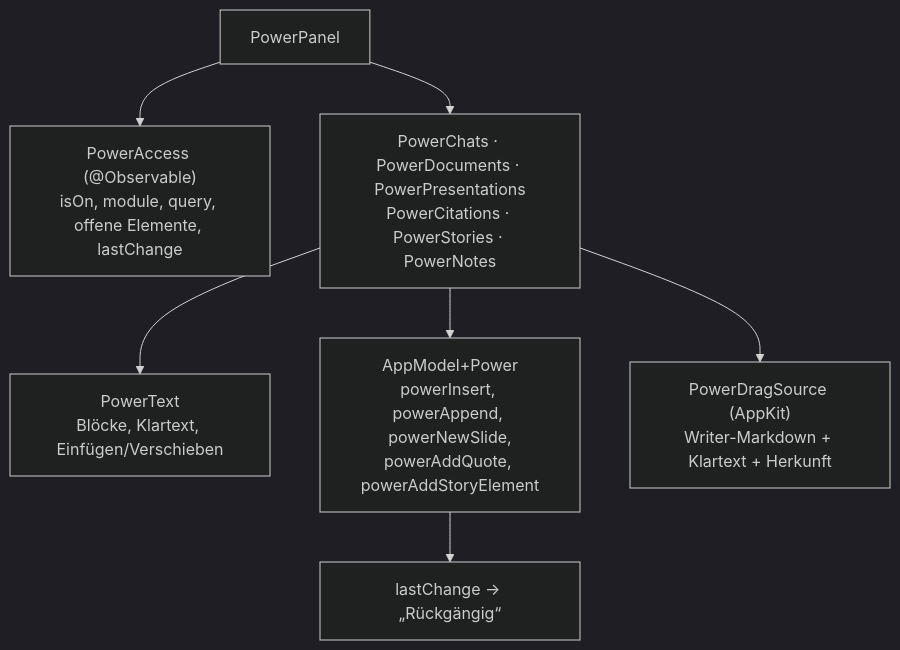
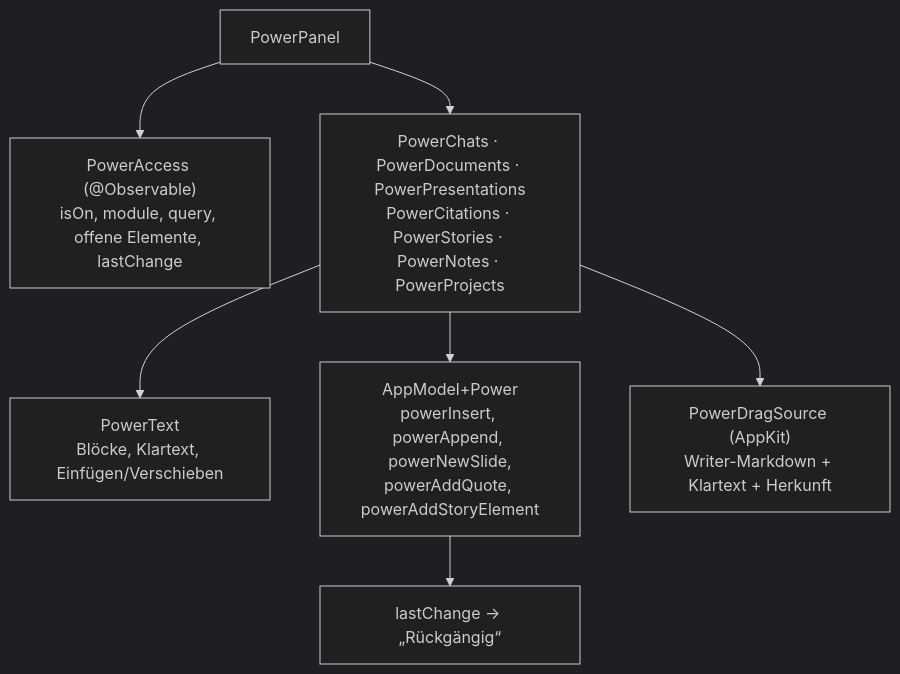
One commit to AlexEhrenberger/LLMDesigner changed the sixth of 7 diagrams in docs/architektur.md. Above: the diagram before and after it, drawn with Mermaid (dark theme). The commit also changed other lines of this file and 45 other files, not shown here.

````diff
--- a/docs/architektur.md
+++ b/docs/architektur.md
@@ -170,10 +173,10 @@
 ```mermaid
 flowchart TB
     PA["PowerAccess (@Observable)<br/>isOn, module, query, offene Elemente, lastChange"]
     PP["PowerPanel"] --> PA
-    PP --> MOD["PowerChats · PowerDocuments · PowerPresentations<br/>PowerCitations · PowerStories · PowerNotes"]
+    PP --> MOD["PowerChats · PowerDocuments · PowerPresentations<br/>PowerCitations · PowerStories · PowerNotes · PowerProjects"]
     MOD --> PT["PowerText<br/>Blöcke, Klartext, Einfügen/Verschieben"]
     MOD --> AMP["AppModel+Power<br/>powerInsert, powerAppend, powerNewSlide,<br/>powerAddQuote, powerAddStoryElement"]
     MOD --> DS["PowerDragSource (AppKit)<br/>Writer-Markdown + Klartext + Herkunft"]
     AMP --> UNDO["lastChange → „Rückgängig“"]
 ```
````
